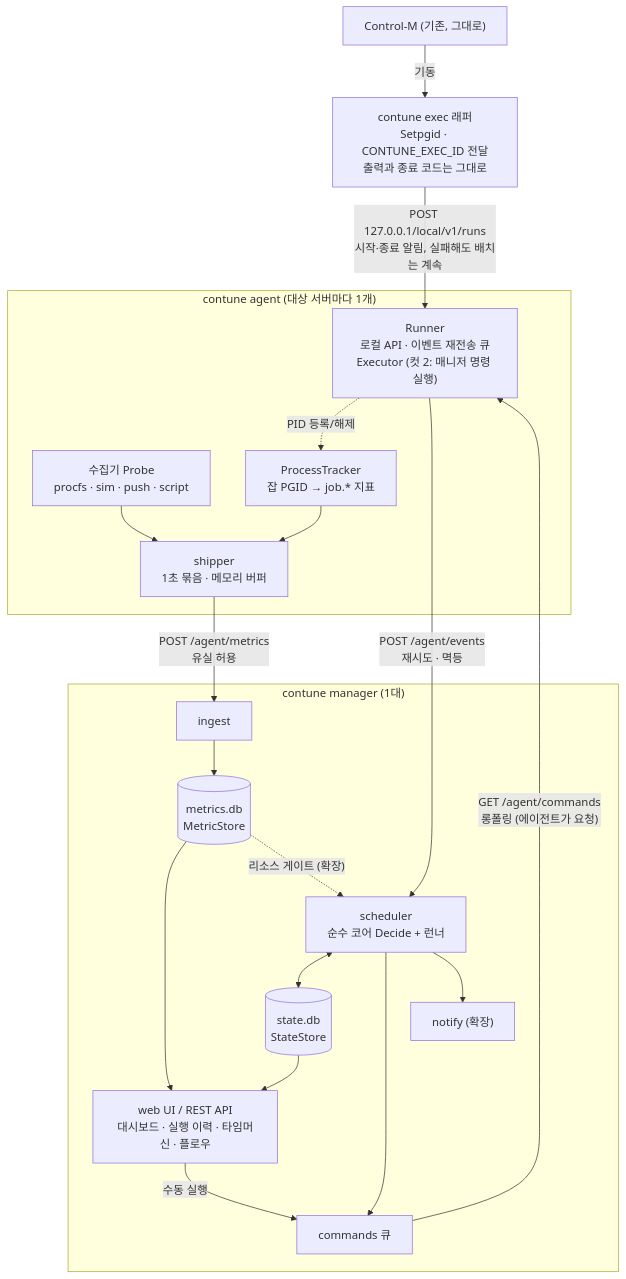
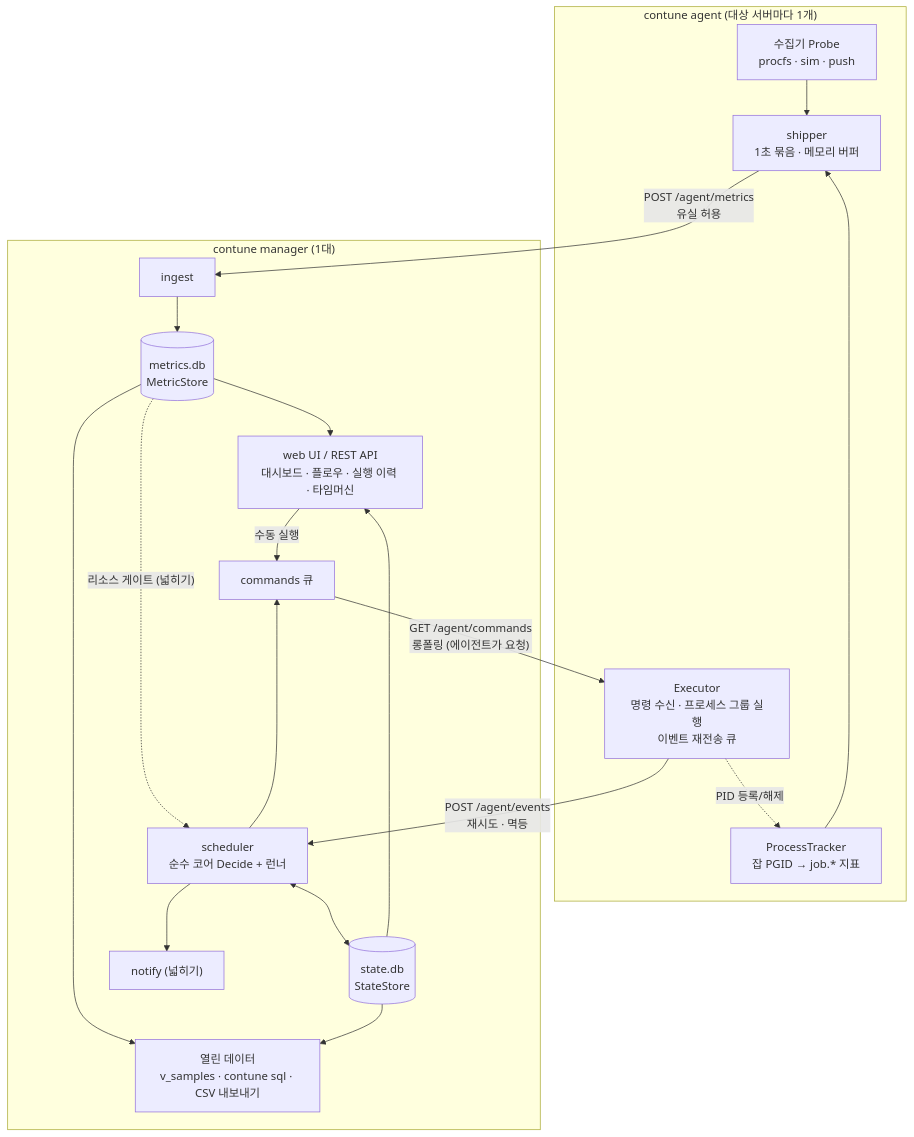
Before and after one commit to bulletgirls/contune: the first of 3 diagrams in docs/02-mvp-architecture.md, drawn with Mermaid. The commit also changed other lines of this file and 3 other files, not shown here.

````diff
--- a/docs/02-mvp-architecture.md
+++ b/docs/02-mvp-architecture.md
@@ -52,34 +55,35 @@
 ```mermaid
 flowchart TB
-  CM["Control-M (기존, 그대로)"] -- "기동" --> X["contune exec 래퍼<br/>Setpgid · CONTUNE_EXEC_ID 전달<br/>출력과 종료 코드는 그대로"]
   subgraph AG["contune agent (대상 서버마다 1개)"]
-    P["수집기 Probe<br/>procfs · sim · push · script"]
+    P["수집기 Probe<br/>procfs · sim · push"]
     T["ProcessTracker<br/>잡 PGID → job.* 지표"]
     S["shipper<br/>1초 묶음 · 메모리 버퍼"]
-    E["Runner<br/>로컬 API · 이벤트 재전송 큐<br/>Executor (컷 2: 매니저 명령 실행)"]
+    E["Executor<br/>명령 수신 · 프로세스 그룹 실행<br/>이벤트 재전송 큐"]
     P --> S
     T --> S
     E -.->|PID 등록/해제| T
   end
-  X -- "POST 127.0.0.1/local/v1/runs<br/>시작·종료 알림, 실패해도 배치는 계속" --> E
   subgraph MG["contune manager (1대)"]
     I["ingest"]
     MS[("metrics.db<br/>MetricStore")]
     SS[("state.db<br/>StateStore")]
     SC["scheduler<br/>순수 코어 Decide + 런너"]
     Q["commands 큐"]
-    W["web UI / REST API<br/>대시보드 · 실행 이력 · 타임머신 · 플로우"]
-    N["notify (확장)"]
+    W["web UI / REST API<br/>대시보드 · 플로우 · 실행 이력 · 타임머신"]
+    D["열린 데이터<br/>v_samples · contune sql · CSV 내보내기"]
+    N["notify (넓히기)"]
     I --> MS
     MS --> W
     SS --> W
-    MS -.->|"리소스 게이트 (확장)"| SC
+    MS --> D
+    SS --> D
+    MS -.->|"리소스 게이트 (넓히기)"| SC
     SC <--> SS
     SC --> Q
     SC --> N
     W -- "수동 실행" --> Q
   end
   S -- "POST /agent/metrics<br/>유실 허용" --> I
   E -- "POST /agent/events<br/>재시도 · 멱등" --> SC
   Q -- "GET /agent/commands<br/>롱폴링 (에이전트가 요청)" --> E
 ```
````
